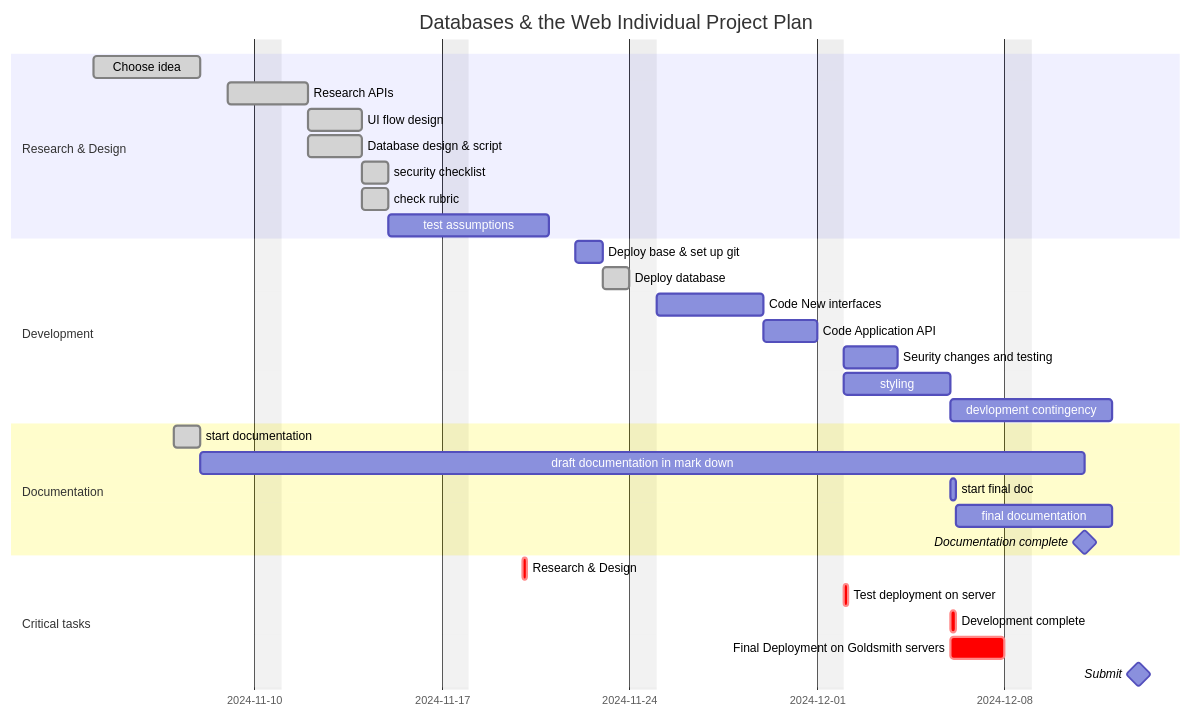
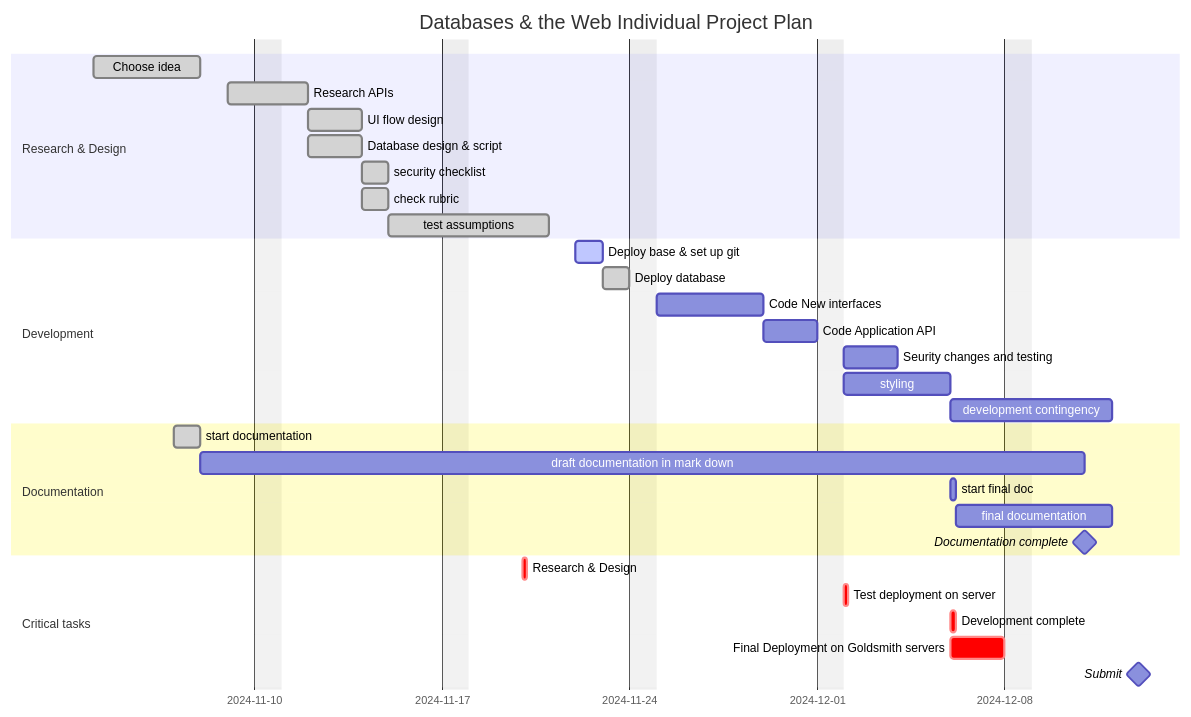
Before and after one commit to jbrun001/APIProject: the first of 3 diagrams in README.md, drawn with Mermaid.

Commit message:
updates to project plan

````diff
--- a/README.md
+++ b/README.md
@@ -2,42 +2,42 @@
 ```mermaid
 
 gantt
     dateFormat  YYYY-MM-DD
     title       Databases & the Web Individual Project Plan
     excludes    sunday
     %% (`excludes` accepts specific dates in YYYY-MM-DD format, days of the week ("sunday") or "weekends", but not the word "weekdays".)
 
     section Research & Design
     Choose idea             :done,    rd1, 2024-11-04,2024-11-08
     Research APIs           :done,    rd2, 2024-11-09, 2d
     UI flow design          :done,    rd3, after rd2, 2d
     Database design & script  :done,    rd3d, after rd2, 2d
     security checklist      :done,  rd4, after rd3, 1d
     check rubric            :done,  rd5, after rd3, 1d
-    test assumptions        :active rd6, after rd5, 5d
+    test assumptions        :done, rd6, after rd5, 5d
 
     section Development
-    Deploy base & set up git  :    d1, 2024-11-22,1d
+    Deploy base & set up git  :active,    d1, 2024-11-22,1d
     Deploy database          :done,    d2, after d1, 1d
     Code New interfaces       :    d3, after d2, 4d
     Code Application API      :    dd3a, after d3, 2d
     Seurity changes and testing :  d4, after dd3a, 2d
     styling                   :    d6, after dd3a, 4d
-    devlopment contingency           :until doccomplete
+    development contingency           :until doccomplete
 
     section Documentation
     start documentation :done,    d0, 2024-11-07,2024-11-08   
     draft documentation in mark down  :until finaldoc
     start final doc            :finaldoc, after d6, 4h
     final documentation :until doccomplete 
     Documentation complete              :milestone, doccomplete, 2024-12-11, 0d
 
     section Critical tasks
     Research & Design                   :crit, after r6, 4h
     Test deployment on server :crit,    dd3c, after dd3a, 4h
     Development complete                :crit, after d6, 4h
     Final Deployment on Goldsmith servers :crit, after d6, 2d
     Submit                              :milestone, 2024-12-13, 0d
 
 
 ```
````
